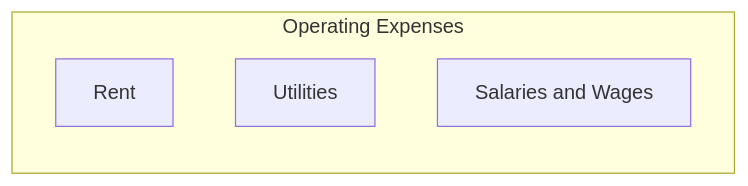
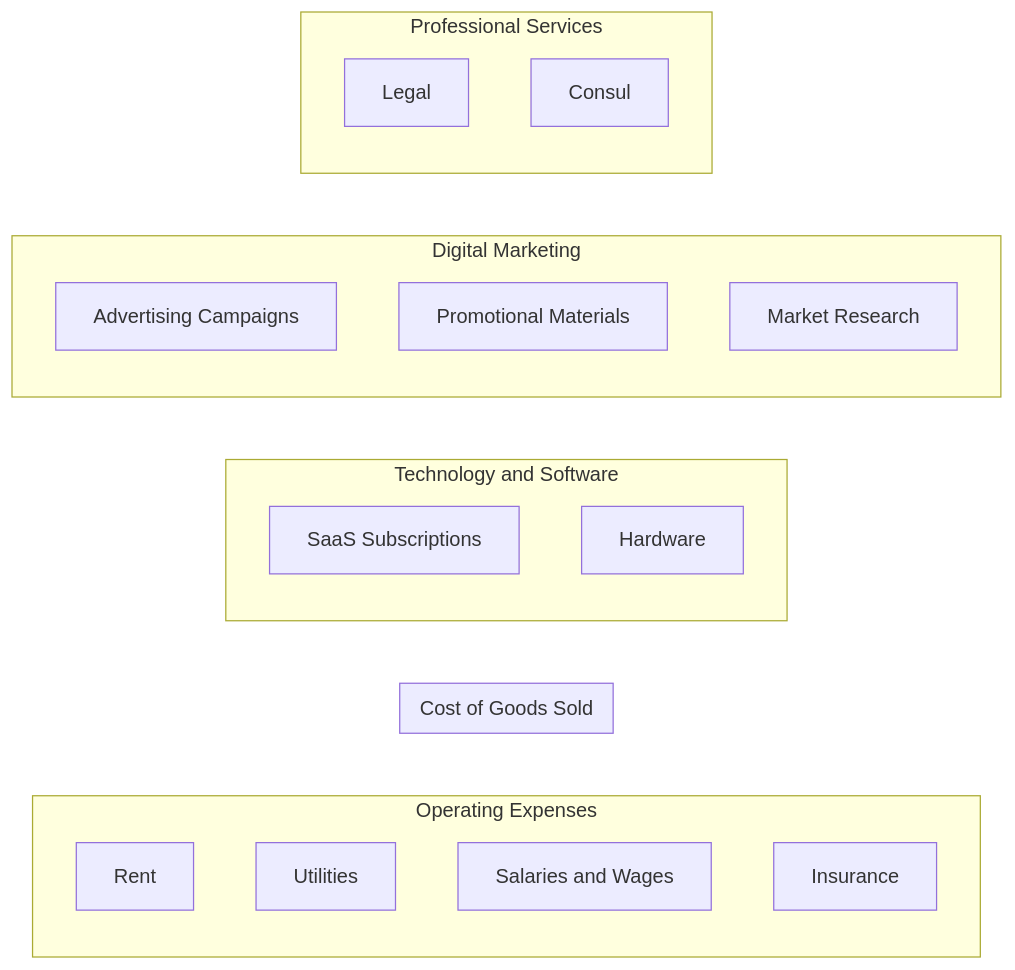
The diagram in 04-RESOURCES/Checklists/Checklist - Business Expense Categories.md (noclocks/NoClocksVault), drawn with Mermaid before and after one commit.

Commit message:
[auto]: vault backup - 1 files changed | 2024-04-23 11:52:05 | DESKTOP-MSI
Affected files:
04-RESOURCES/Checklists/Checklist - Business Expense Categories.md

````diff
--- a/04-RESOURCES/Checklists/Checklist - Business Expense Categories.md
+++ b/04-RESOURCES/Checklists/Checklist - Business Expense Categories.md
@@ -39,12 +39,25 @@
 ```mermaid
 graph LR
   subgraph ops[Operating Expenses]
     rent[Rent]
     utils[Utilities]
     wages[Salaries and Wages]
-    
-
-
+    insurance[Insurance]
+  end
+  subgraph cogs[Cost of Goods Sold]
+  end
+  subgraph tech[Technology and Software]
+    subs[SaaS Subscriptions]
+    hardware[Hardware]
+  end
+  subgraph marketing[Digital Marketing]
+    ads[Advertising Campaigns]
+    promotions[Promotional Materials]
+    research[Market Research]
+  end
+  subgraph services[Professional Services]
+    legal[Legal]
+    consulting[Consul]
   end
   
 ```
````
